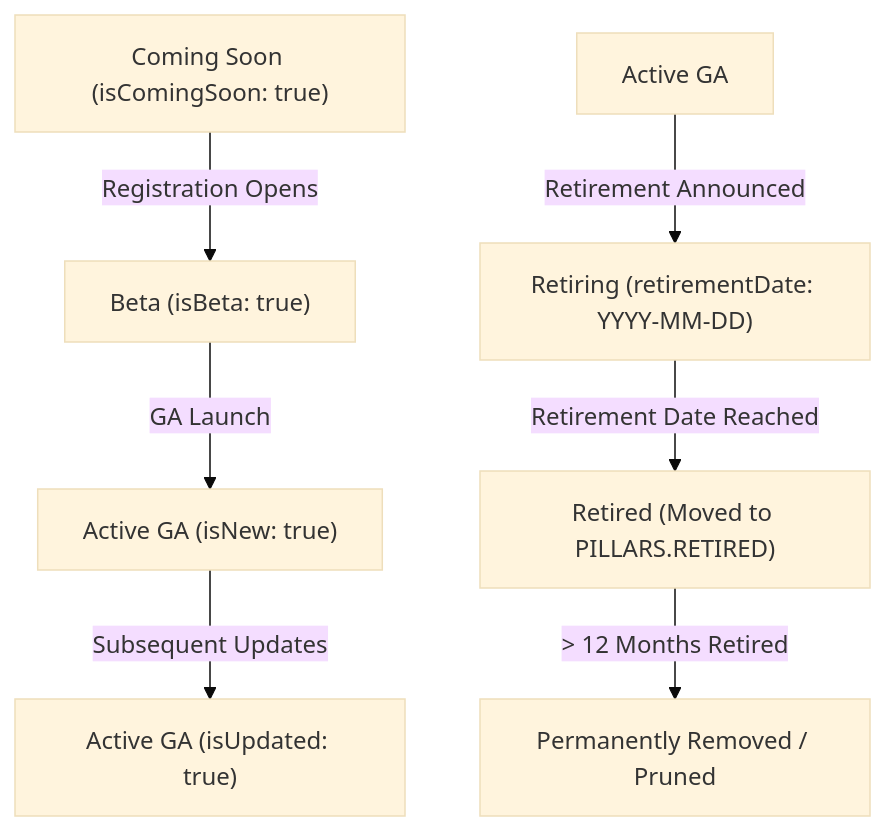
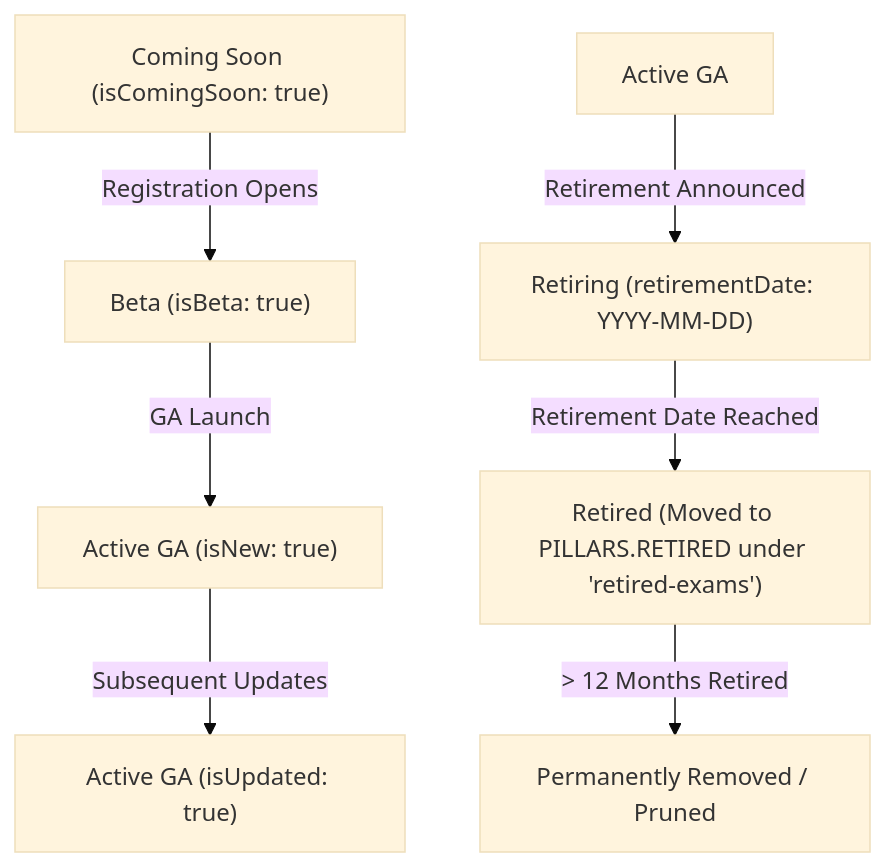
The first of 2 diagrams in .agents/AGENTS.md (danzure/microsoft-skills-navigator), drawn with Mermaid (base theme) before and after one commit. The commit also changed other lines of this file and 11 other files, not shown here.

````diff
--- a/.agents/AGENTS.md
+++ b/.agents/AGENTS.md
@@ -119,9 +334,9 @@
 ```mermaid
 graph TD
   ComingSoon["Coming Soon (isComingSoon: true)"] -->|"Registration Opens"| Beta["Beta (isBeta: true)"]
   Beta -->|"GA Launch"| NewCert["Active GA (isNew: true)"]
   NewCert -->|"Subsequent Updates"| UpdatedCert["Active GA (isUpdated: true)"]
   ActiveGA["Active GA"] -->|"Retirement Announced"| Retiring["Retiring (retirementDate: YYYY-MM-DD)"]
-  Retiring -->|"Retirement Date Reached"| Retired["Retired (Moved to PILLARS.RETIRED)"]
+  Retiring -->|"Retirement Date Reached"| Retired["Retired (Moved to PILLARS.RETIRED under 'retired-exams')"]
   Retired -->|"> 12 Months Retired"| Pruned["Permanently Removed / Pruned"]
 ```
````
